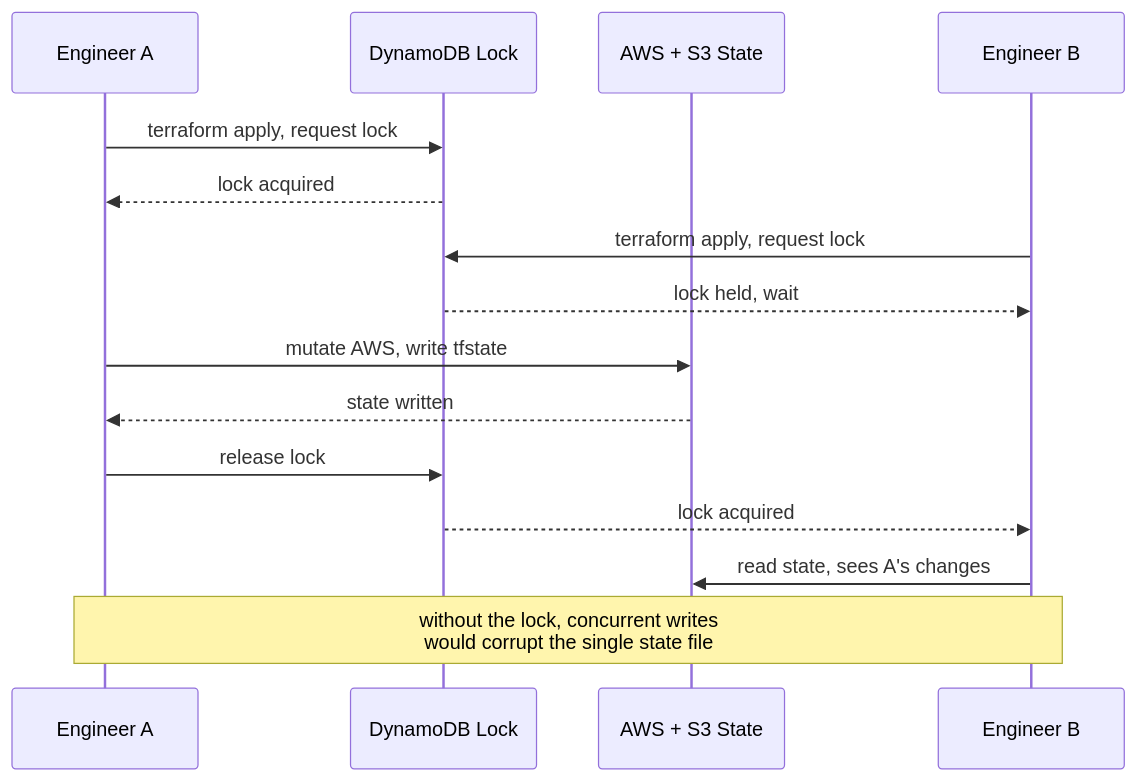
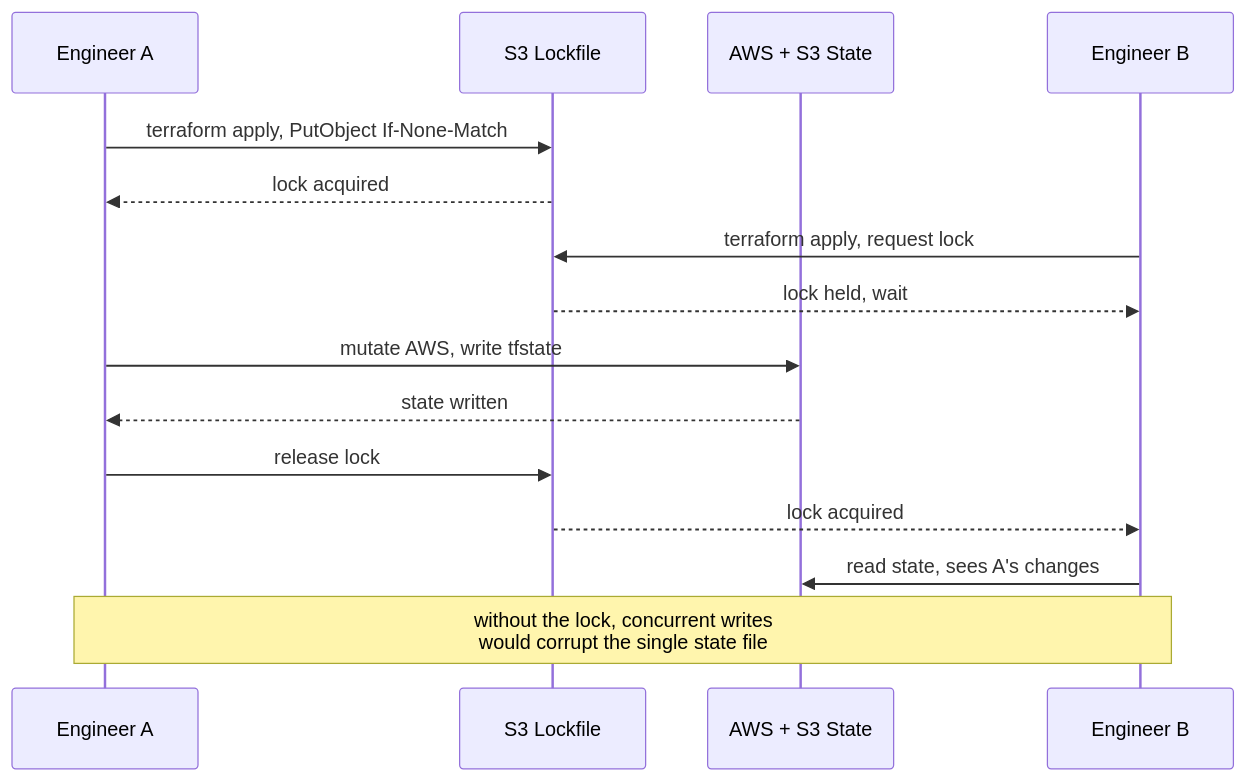
Before and after one commit to rppol/system-design: the second of 5 diagrams in src/main/java/com/rutik/systemdesign/devops/infrastructure_as_code_terraform/infrastructure_as_code_terraform.md, drawn with Mermaid. The commit also changed other lines of this file and 3 other files, not shown here.

````diff
--- a/src/main/java/com/rutik/systemdesign/devops/infrastructure_as_code_terraform/infrastructure_as_code_terraform.md
+++ b/src/main/java/com/rutik/systemdesign/devops/infrastructure_as_code_terraform/infrastructure_as_code_terraform.md
@@ -131,18 +131,18 @@
 ```mermaid
 sequenceDiagram
     participant A as Engineer A
-    participant L as DynamoDB Lock
+    participant L as S3 Lockfile
     participant C as AWS + S3 State
     participant B as Engineer B
 
-    A->>L: terraform apply, request lock
+    A->>L: terraform apply, PutObject If-None-Match
     L-->>A: lock acquired
     B->>L: terraform apply, request lock
     L-->>B: lock held, wait
     A->>C: mutate AWS, write tfstate
     C-->>A: state written
     A->>L: release lock
     L-->>B: lock acquired
     B->>C: read state, sees A's changes
     Note over A,B: without the lock, concurrent writes<br/>would corrupt the single state file
 ```
````
